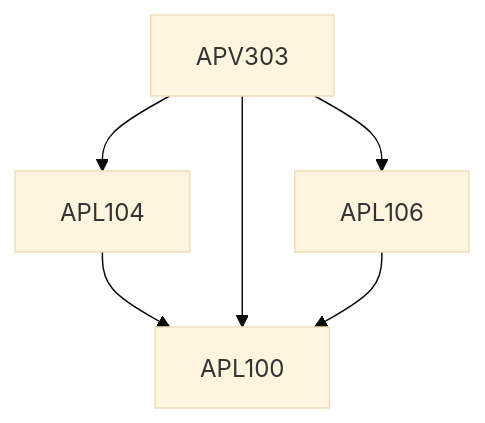
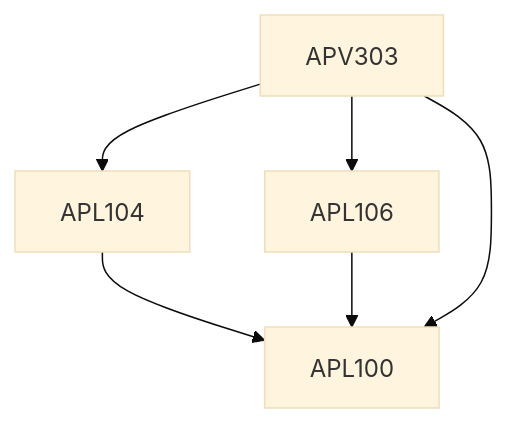
The diagram in content/Applied Mechanics/APV303.md (KeshavBansal0122/CoS_Website), drawn with Mermaid (base theme) before and after one commit. The commit also changed other lines of this file and 2662 other files, not shown here.

````diff
--- a/content/Applied Mechanics/APV303.md
+++ b/content/Applied Mechanics/APV303.md
@@ -13,12 +13,12 @@
 ```mermaid
 flowchart TD
 APV303-66[APV303]
+APL104-66 --> APL100-66[APL100]
 APV303-66 --> APL106-66[APL106]
+APL106-66 --> APL100-66[APL100]
 APV303-66 --> APL104-66[APL104]
-APL104-66 --> APL100-66[APL100]
 APV303-66 --> APL100-66[APL100]
-APL106-66 --> APL100-66[APL100]
 
 classDef empty height:17px, fill:transparent, stroke:transparent;
 classDef trueEmpty height:0px, width:0px;
 ```
````
